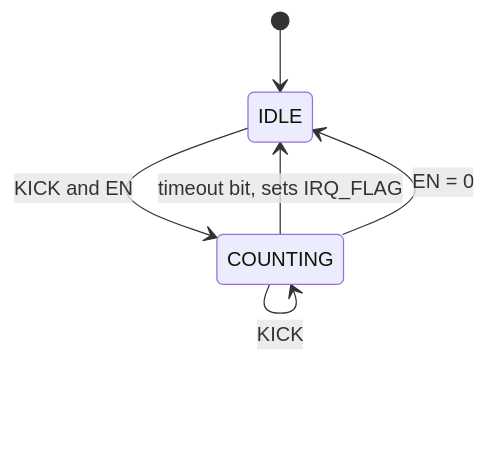
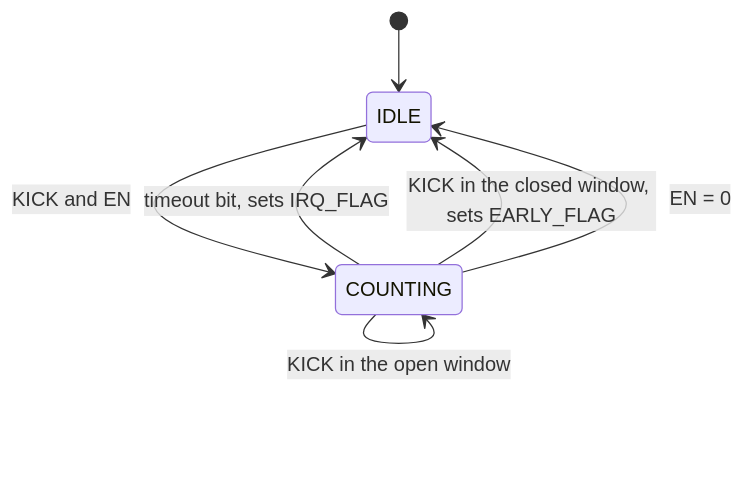
One commit to JingJerYen/tt-spi-watchdog changed the diagram in docs/info.md. Above: the diagram before and after it, drawn with Mermaid. The commit also changed other lines of this file and 2 other files, not shown here.

Commit message:
now its a window watchdog

````diff
--- a/docs/info.md
+++ b/docs/info.md
@@ -124,8 +167,9 @@
 ```mermaid
 stateDiagram-v2
     [*] --> IDLE
     IDLE --> COUNTING: KICK and EN
-    COUNTING --> COUNTING: KICK
+    COUNTING --> COUNTING: KICK in the open window
     COUNTING --> IDLE: timeout bit, sets IRQ_FLAG
+    COUNTING --> IDLE: KICK in the closed window, sets EARLY_FLAG
     COUNTING --> IDLE: EN = 0
 ```
````
